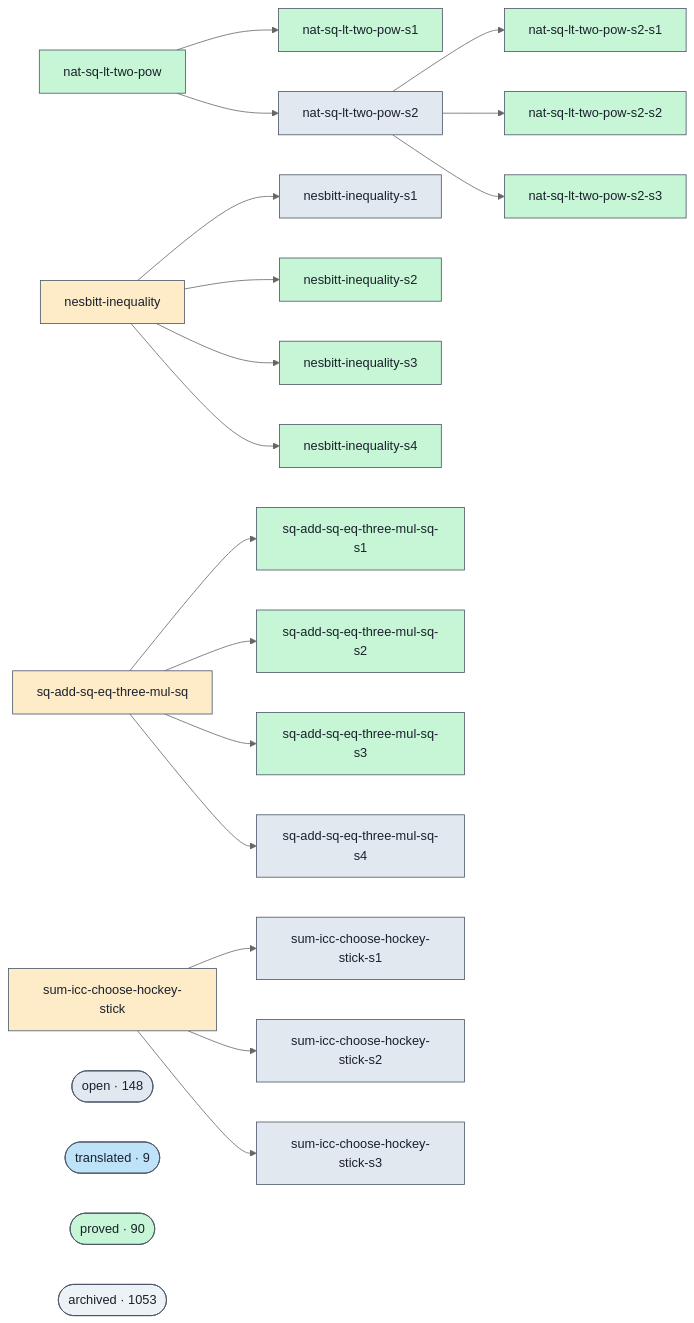
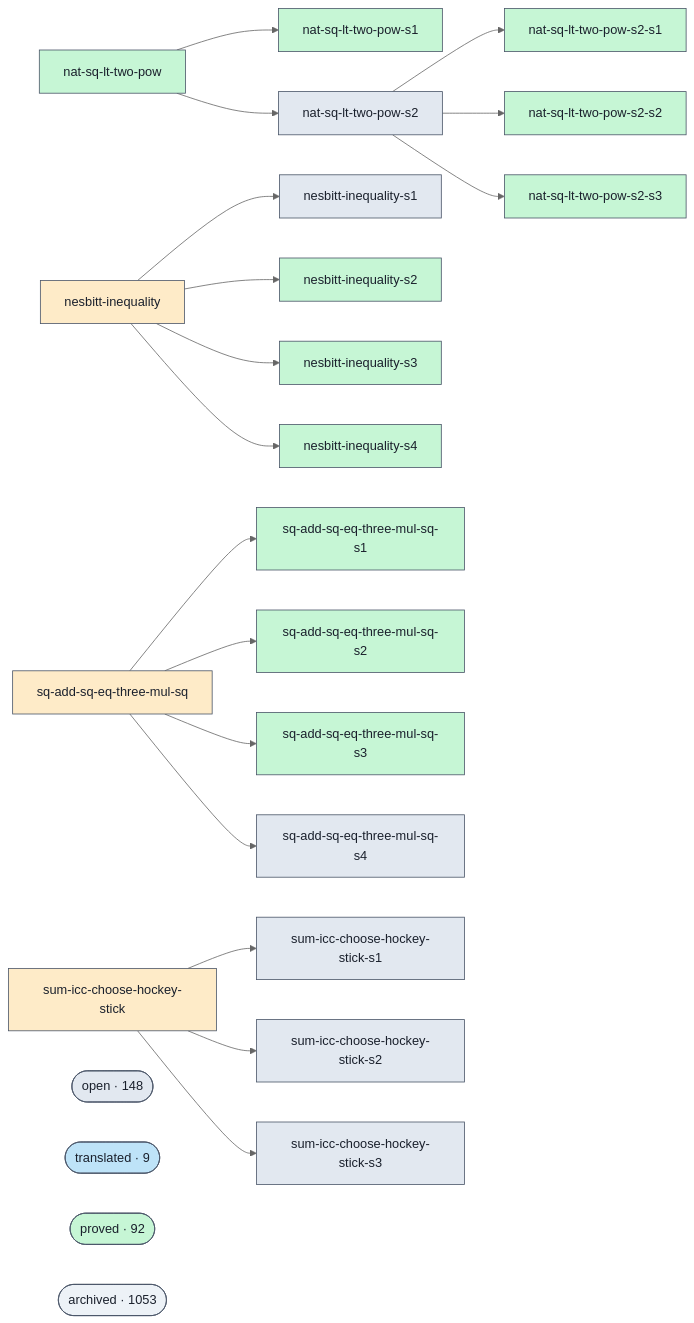
One commit to ohdearquant/unsorry changed the diagram in docs/proofs-contributors-visualisation.md. Above: the diagram before and after it, drawn with Mermaid (neutral theme). The commit also changed other lines of this file and 2 other files, not shown here.

```diff
--- a/docs/proofs-contributors-visualisation.md
+++ b/docs/proofs-contributors-visualisation.md
@@ -102,7 +102,7 @@
   class cluster_open open;
   cluster_translated(["translated · 9"])
   class cluster_translated translated;
-  cluster_proved(["proved · 90"])
+  cluster_proved(["proved · 92"])
   class cluster_proved proved;
   cluster_archived(["archived · 1053"])
   class cluster_archived unknown;
```
